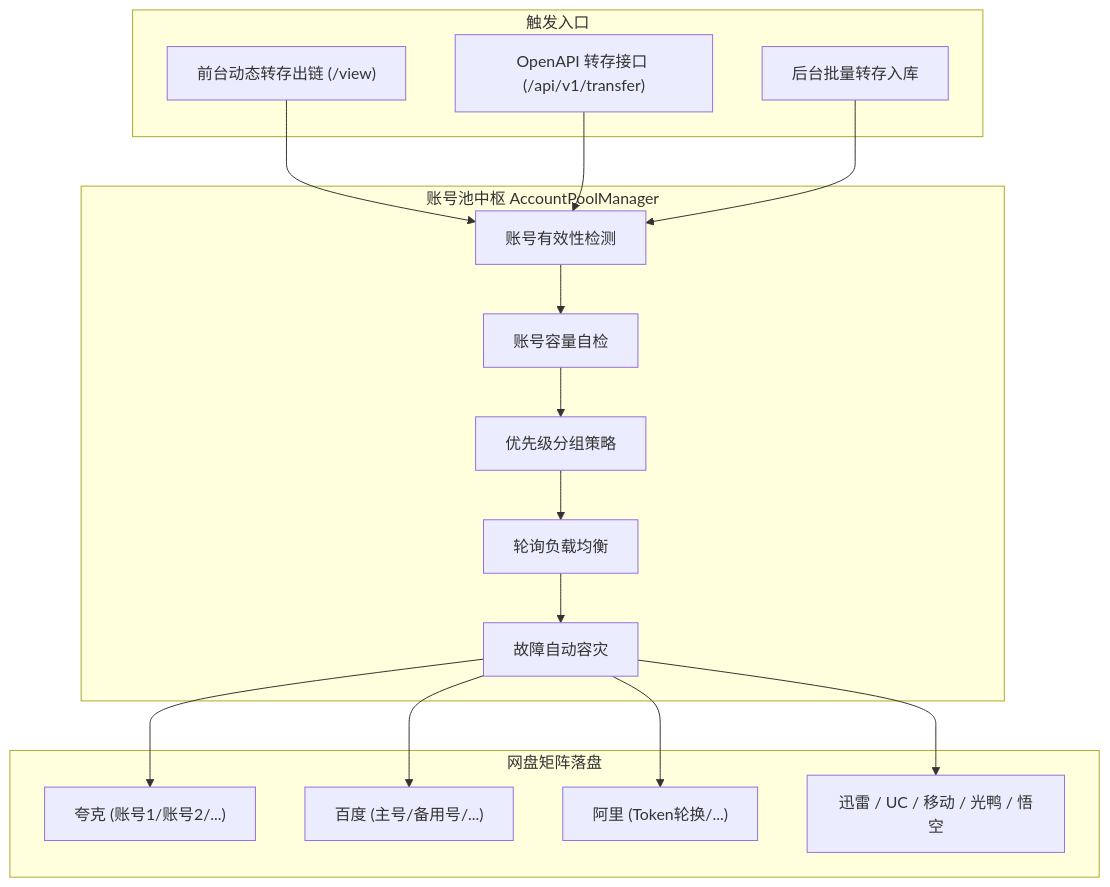
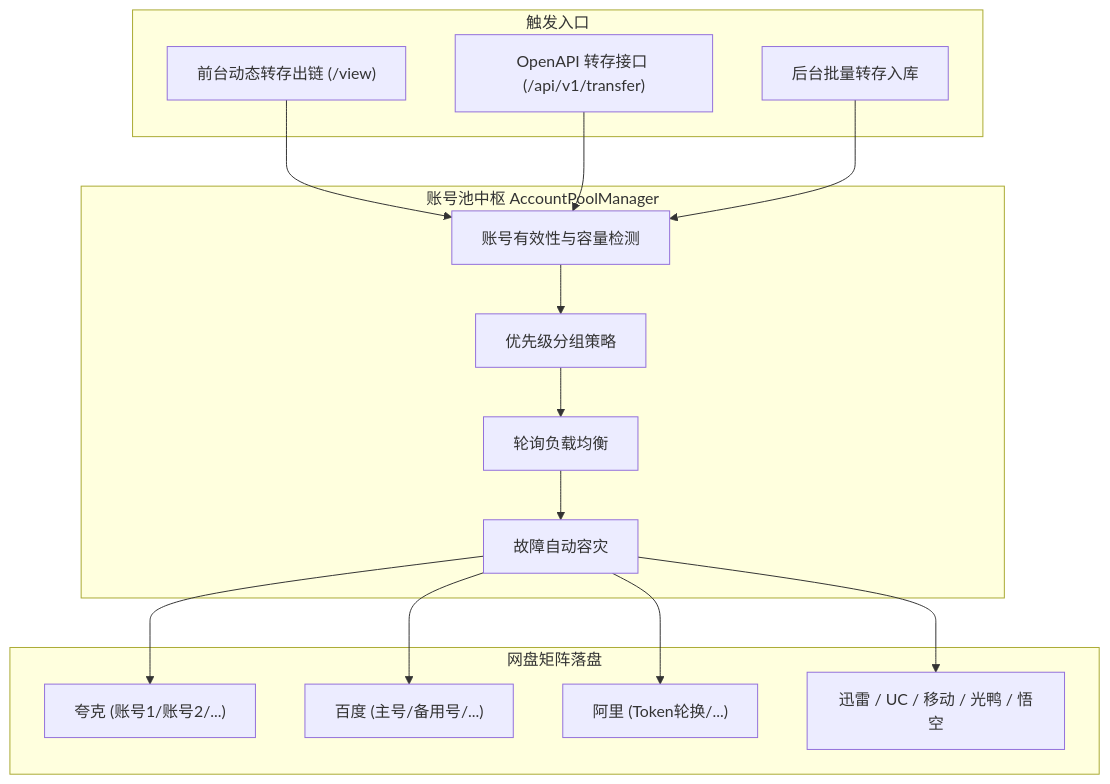
Before and after one commit to ucmao/pan-relay: the diagram in README.md, drawn with Mermaid. The commit also changed 15 other files, not shown here.

````diff
--- a/README.md
+++ b/README.md
@@ -58,25 +58,24 @@
 ```mermaid
 flowchart TD
     subgraph 触发入口
         A1["前台动态转存出链 (/view)"]
         A2["OpenAPI 转存接口 (/api/v1/transfer)"]
         A3["后台批量转存入库"]
     end
 
     subgraph 账号池中枢 AccountPoolManager
-        A1 --> Core["账号有效性检测"]
+        A1 --> Core["账号有效性与容量检测"]
         A2 --> Core
         A3 --> Core
-        Core --> F1["账号容量自检"]
-        F1 --> F2["优先级分组策略"]
-        F2 --> F3["轮询负载均衡"]
-        F3 --> F4["故障自动容灾"]
+        Core --> F1["优先级分组策略"]
+        F1 --> F2["轮询负载均衡"]
+        F2 --> F3["故障自动容灾"]
     end
 
     subgraph 网盘矩阵落盘
-        F4 --> Q["夸克 (账号1/账号2/...)"]
-        F4 --> B["百度 (主号/备用号/...)"]
-        F4 --> A["阿里 (Token轮换/...)"]
-        F4 --> X["迅雷 / UC / 移动 / 光鸭 / 悟空"]
+        F3 --> Q["夸克 (账号1/账号2/...)"]
+        F3 --> B["百度 (主号/备用号/...)"]
+        F3 --> A["阿里 (Token轮换/...)"]
+        F3 --> X["迅雷 / UC / 移动 / 光鸭 / 悟空"]
     end
 ```
````
